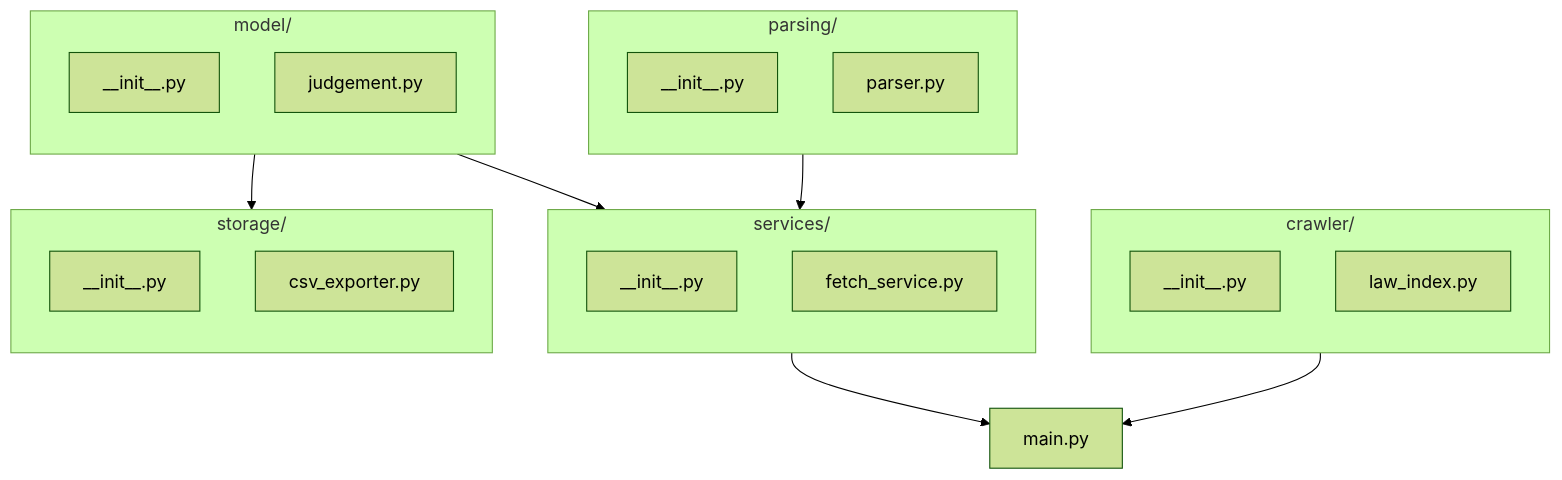
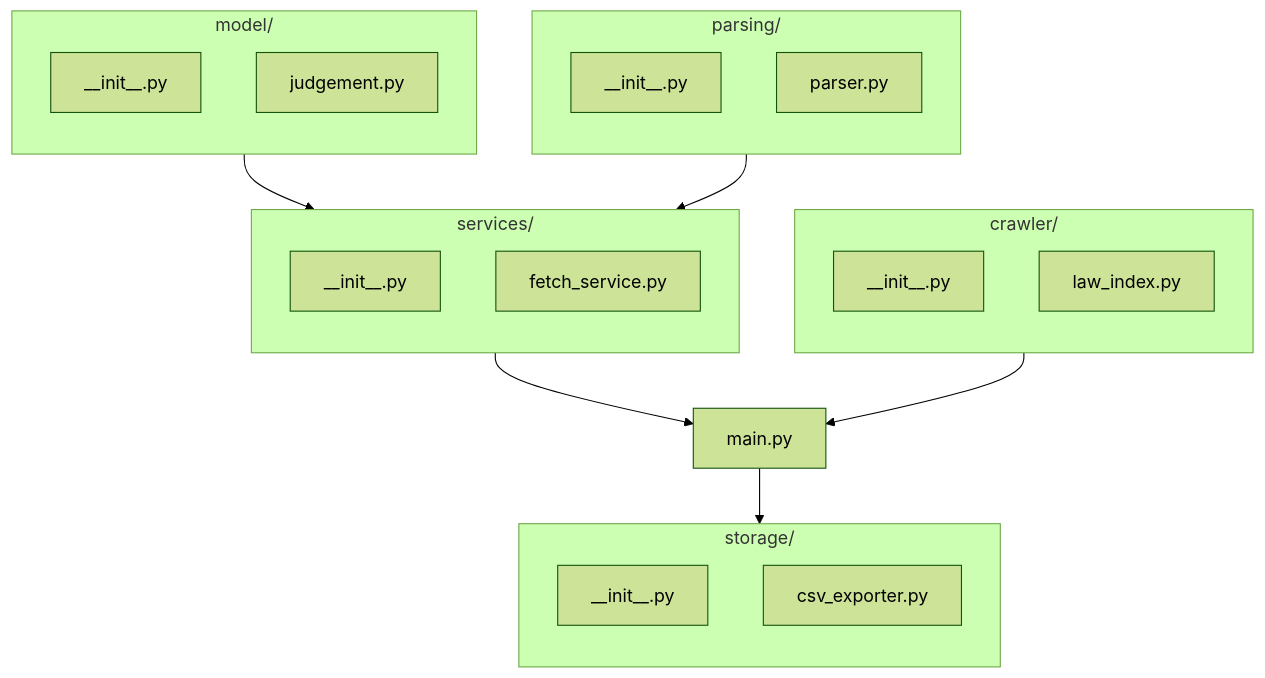
Before and after one commit to royonzioki/engineering-challenge: the first of 2 diagrams in README.md, drawn with Mermaid (forest theme).

Commit message:
cleanup readme

````diff
--- a/README.md
+++ b/README.md
@@ -38,47 +38,47 @@
 ```mermaid
 flowchart TD
     %% Main entry point
     main[main.py]
 
     %% Index Crawler
     subgraph crawler_folder[crawler/]
         direction TB
         crawler_init[__init__.py]
         law_index[law_index.py]
     end
 
     %% Parser
     subgraph parser_folder[parsing/]
         direction TB
         parsing_init[__init__.py]
         parser[parser.py]
     end
 
     %% Model
     subgraph models_folder[model/]
         direction TB
         model_init[__init__.py]
         judgement[judgement.py]
     end
 
     %% Services
     subgraph services_folder[services/]
         direction TB
         services_init[__init__.py]
         fetch_service[fetch_service.py]
     end
 
     %% Exporter
     subgraph exporters_folder[storage/]
         direction TB
         storage_init[__init__.py]
         csv_exporter[csv_exporter.py]
     end
 
     %% Data flow arrows
     law_index --> main
     parser --> fetch_service 
     judgement --> fetch_service
     fetch_service --> main
-    judgement--> csv_exporter
+    main --> csv_exporter
    ```
````
